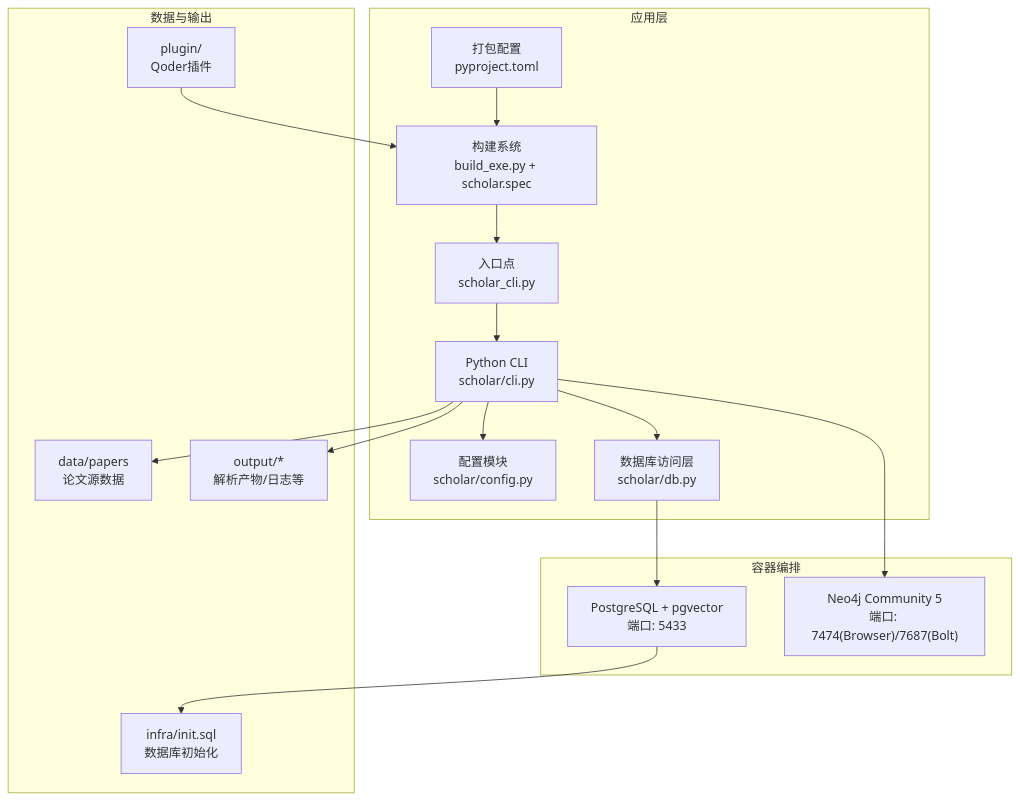
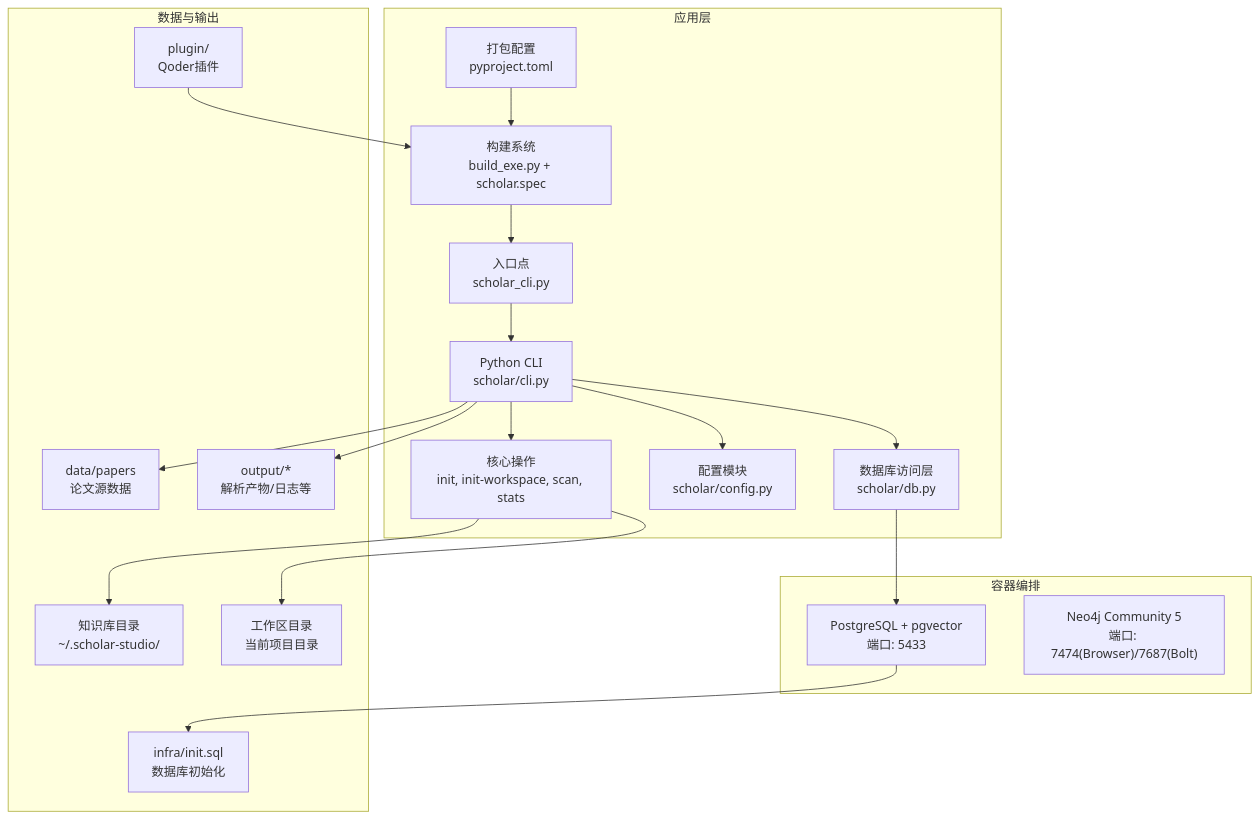
Before and after one commit to 1173591564/academic-based-qoder: the first of 10 diagrams in .qoder/repowiki/zh/content/部署与运维/部署与运维.md, drawn with Mermaid. The commit also changed other lines of this file and 75 other files, not shown here.

````diff
--- a/.qoder/repowiki/zh/content/部署与运维/部署与运维.md
+++ b/.qoder/repowiki/zh/content/部署与运维/部署与运维.md
@@ -67,32 +74,37 @@
 ```mermaid
 graph TB
 subgraph "容器编排"
 PG["PostgreSQL + pgvector<br/>端口: 5433"]
 N4J["Neo4j Community 5<br/>端口: 7474(Browser)/7687(Bolt)"]
 end
 subgraph "应用层"
 CLI["Python CLI<br/>scholar/cli.py"]
+COREOPS["核心操作<br/>init, init-workspace, scan, stats"]
 CFG["配置模块<br/>scholar/config.py"]
 DB["数据库访问层<br/>scholar/db.py"]
 ENDPOINT["入口点<br/>scholar_cli.py"]
 BUILD["构建系统<br/>build_exe.py + scholar.spec"]
 SETUP["打包配置<br/>pyproject.toml"]
 end
 subgraph "数据与输出"
 PAPERS["data/papers<br/>论文源数据"]
 OUTPUT["output/*<br/>解析产物/日志等"]
 INITSQL["infra/init.sql<br/>数据库初始化"]
 PLUGIN["plugin/<br/>Qoder插件"]
+KB["知识库目录<br/>~/.scholar-studio/"]
+WS["工作区目录<br/>当前项目目录"]
 end
+CLI --> COREOPS
 CLI --> CFG
 CLI --> DB
 DB --> PG
-CLI --> N4J
+COREOPS --> KB
+COREOPS --> WS
 PG --> INITSQL
 CLI --> PAPERS
 CLI --> OUTPUT
 ENDPOINT --> CLI
 BUILD --> ENDPOINT
 SETUP --> BUILD
 PLUGIN --> BUILD
 ```
````
